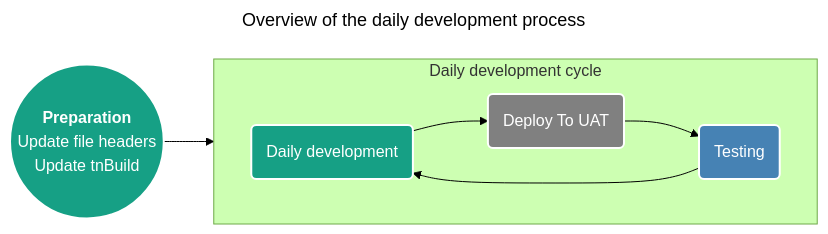
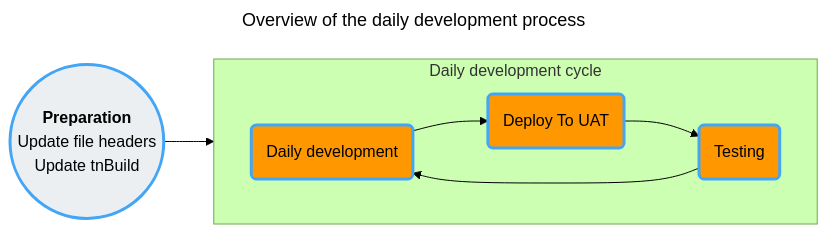
The second of 3 diagrams in Development/Development-processes.md (spectrum-health-systems/tingen-documentation), drawn with Mermaid (forest theme) before and after one commit. The commit also changed other lines of this file and 1 other file, not shown here.

````diff
--- a/Development/Development-processes.md
+++ b/Development/Development-processes.md
@@ -62,23 +73,24 @@
 ```mermaid
 ---
 title: Overview of the daily development process
 ---
 flowchart LR
   %% Components
   Preparation@{shape: circle, label: "**Preparation**\nUpdate file headers\nUpdate tnBuild"}
   subgraph Development["Daily development cycle"]
     direction LR
+    %% Components
     DailyDevelopment@{shape: rounded, label: "Daily development"}
     DeployToUat@{shape: rounded, label: "Deploy To UAT"}
     Testing@{shape: rounded, label: "Testing"}
     %% Layout
     DailyDevelopment --> DeployToUat --> Testing --> DailyDevelopment
   end
   %% Layout
-  Preparation --> Development   
+  Preparation --> DailyDevelopment   
   %% Styles
-  style Preparation color:#FFF,fill:#16a085,stroke:#FFF,stroke-width:2px
-  style DailyDevelopment color:#FFF,fill:#16a085,stroke:#FFF,stroke-width:2px
-  style DeployToUat color:#FFF,fill:grey,stroke:#FFF,stroke-width:2px
-  style Testing color:#FFF,fill:steelblue,stroke:#FFF,stroke-width:2px
+  style Preparation color:#000,fill:#eceff1,stroke:#42a5f5,stroke-width:3px
+  style DailyDevelopment color:#000,fill:#ff9800,stroke:#42a5f5,stroke-width:3px
+  style DeployToUat color:#000,fill:#ff9800,stroke:#42a5f5,stroke-width:3px
+  style Testing color:#000,fill:#ff9800,stroke:#42a5f5,stroke-width:3px
 ```
````
